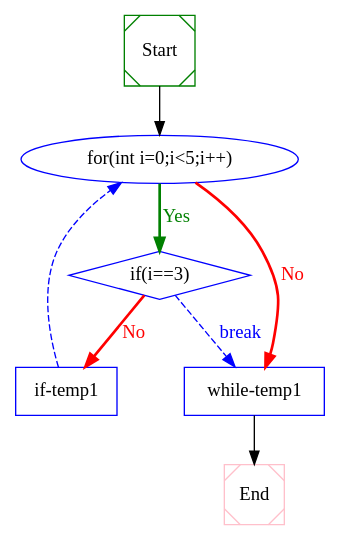
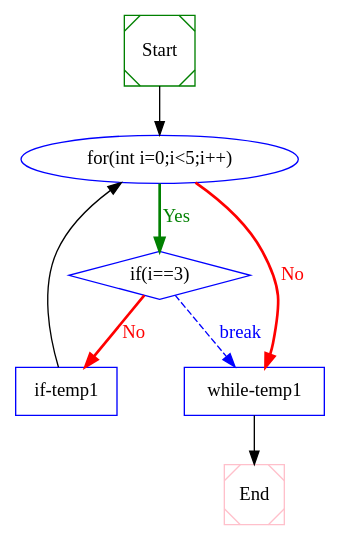
The diagram in out/test.dot (Naplues/Static-Analysis), drawn with Graphviz before and after one commit. The commit also changed 3 other files, not shown here.

```diff
--- a/out/test.dot
+++ b/out/test.dot
@@ -1,21 +1,21 @@
 digraph CFG {
  1  [shape = Msquare, color = green, label = "Start", ]
  2  [shape = ellipse, color = blue, label = "for(int i=0;i<5;i++)", ]
  3  [shape = diamond, color = blue, label = "if(i==3)", ]
  4  [shape = box, color = blue, label = "if-temp1", ]
  5  [shape = box, color = blue, label = "while-temp1", ]
  6  [shape = Msquare, color = pink, label = "End", ]
  1  ->  2  [style = solid, label="", fillcolor = black, color = black, fontcolor = black]
 
  2  ->  5  [style = bold, label="No", fillcolor = red, color = red, fontcolor = red]
  2  ->  3  [style = bold, label="Yes", fillcolor = green, color = green, fontcolor = green]
 
  3  ->  5  [style = dashed, label="break", fillcolor = blue, color = blue, fontcolor = blue]
  3  ->  4  [style = bold, label="No", fillcolor = red, color = red, fontcolor = red]
 
- 4  ->  2  [style = dashed, label="", fillcolor = blue, color = blue, fontcolor = blue]
+ 4  ->  2  [style = solid, label="", fillcolor = black, color = black, fontcolor = black]
 
  5  ->  6  [style = solid, label="", fillcolor = black, color = black, fontcolor = black]
 
 
 }
```
